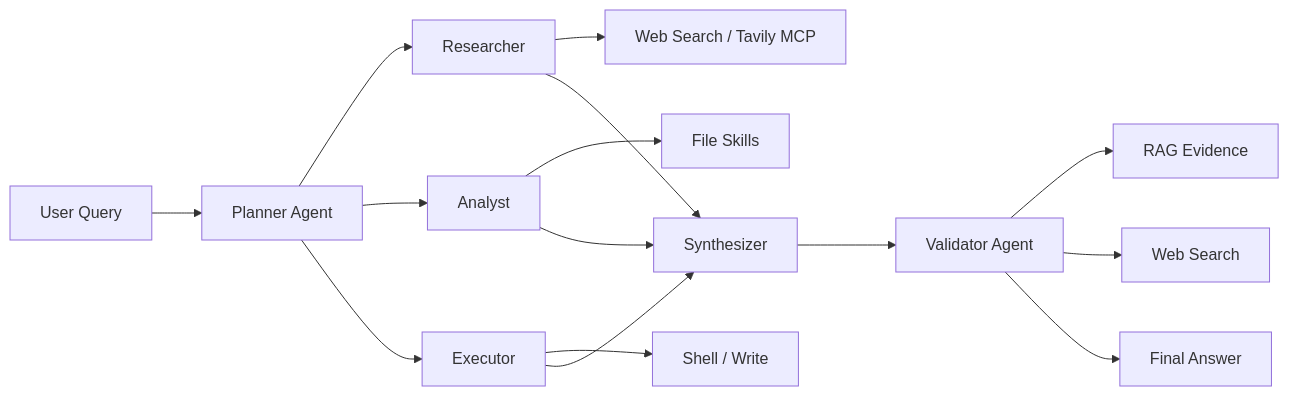
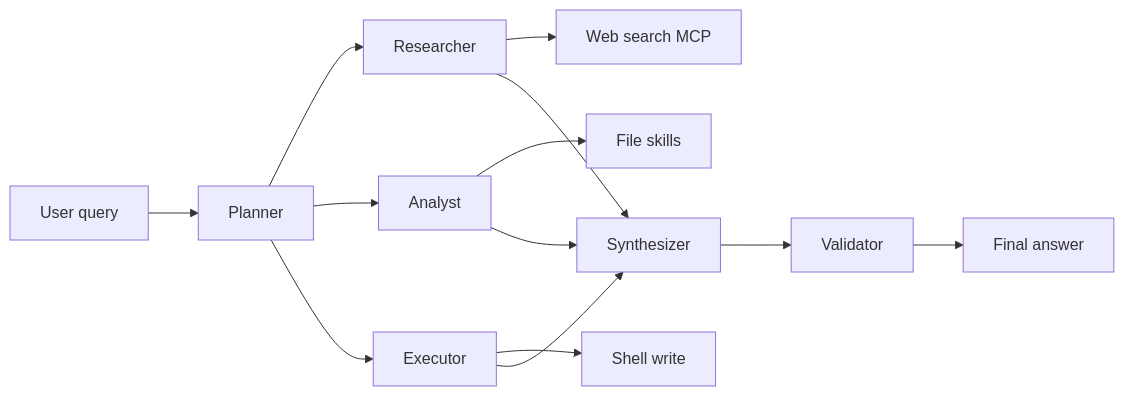
One commit to zxspring21/localAIAgent changed the seventh of 10 diagrams in docs/ARCHITECTURE.md. Above: the diagram before and after it, drawn with Mermaid. The commit also changed other lines of this file and 10 other files, not shown here.

````diff
--- a/docs/ARCHITECTURE.md
+++ b/docs/ARCHITECTURE.md
@@ -238,17 +225,15 @@
 ```mermaid
 flowchart LR
-    Q[User Query] --> P[Planner Agent]
-    P --> SA1[Researcher]
-    P --> SA2[Analyst]
-    P --> SA3[Executor]
-    SA1 --> WS[Web Search / Tavily MCP]
-    SA2 --> FS[File Skills]
-    SA3 --> CMD[Shell / Write]
-    SA1 --> SYN[Synthesizer]
-    SA2 --> SYN
-    SA3 --> SYN
-    SYN --> VAL[Validator Agent]
-    VAL --> RAG[RAG Evidence]
-    VAL --> WS2[Web Search]
-    VAL --> OUT[Final Answer]
+  Q["User query"] --> P["Planner"]
+  P --> SA1["Researcher"]
+  P --> SA2["Analyst"]
+  P --> SA3["Executor"]
+  SA1 --> WS["Web search MCP"]
+  SA2 --> FS["File skills"]
+  SA3 --> CMD["Shell write"]
+  SA1 --> SYN["Synthesizer"]
+  SA2 --> SYN
+  SA3 --> SYN
+  SYN --> VAL["Validator"]
+  VAL --> OUT["Final answer"]
 ```
````
